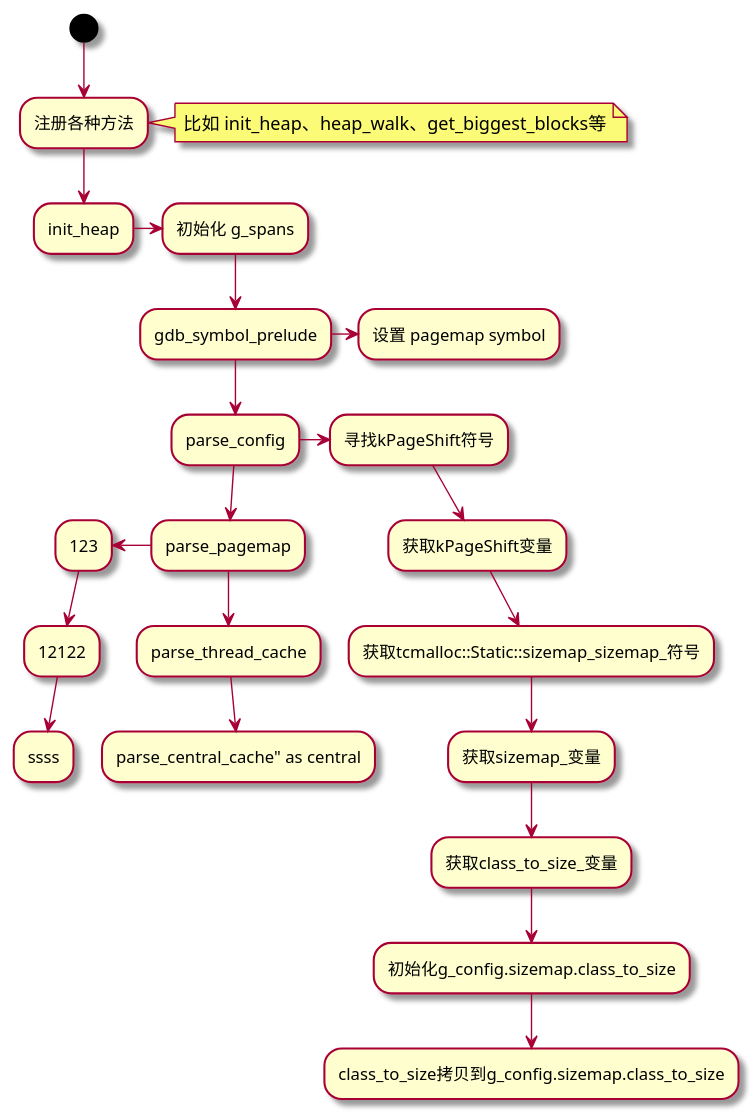
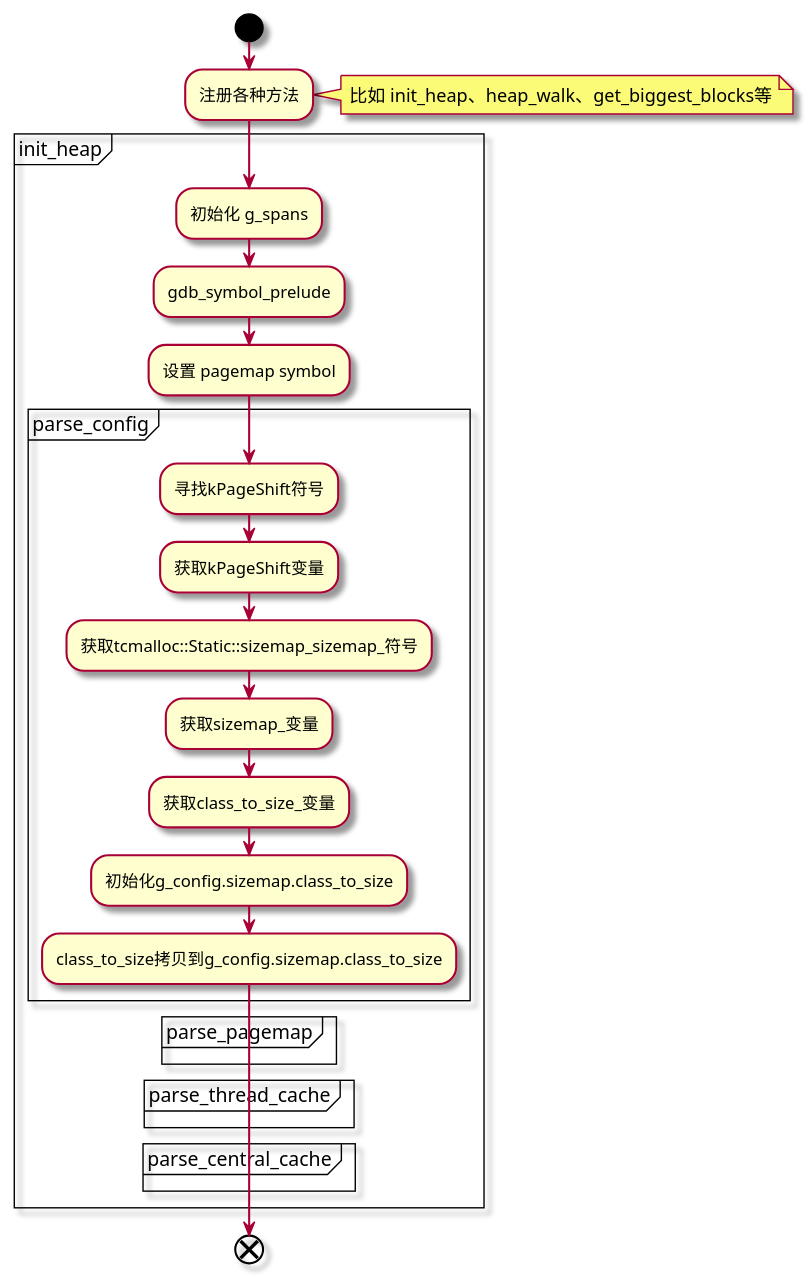
The diagram in src/code_analyzer/init_heap_managers.puml (mingleeShade/MyPlantUML), drawn with PlantUML before and after one commit. The commit also changed 4 other files, not shown here.

Commit message:
1. 完成 obj_command 活动图，2.补完其他图

```diff
--- a/src/code_analyzer/init_heap_managers.puml
+++ b/src/code_analyzer/init_heap_managers.puml
@@ -1,30 +1,37 @@
 @startuml init_heap_managers
 skin rose
 
 ' 这里主要以 tcmalloc 为例
-(*) --> "注册各种方法" as register
+start
+:注册各种方法;
 note right: 比如 init_heap、heap_walk、get_biggest_blocks等
--->"init_heap" as init
-init-> "初始化 g_spans"
--->"gdb_symbol_prelude" as symbol
-symbol -> "设置 pagemap symbol"
-symbol --> parse_config
+partition init_heap {
+    :初始化 g_spans;
+    :gdb_symbol_prelude;
+    :设置 pagemap symbol;
+    partition parse_config {
+        :寻找kPageShift符号;
+        :获取kPageShift变量;
+        :获取tcmalloc::Static::sizemap_sizemap_符号;
+        :获取sizemap_变量;
+        :获取class_to_size_变量;
+        :初始化g_config.sizemap.class_to_size;
+        :class_to_size拷贝到g_config.sizemap.class_to_size;
+    }
 
-parse_config-> "寻找kPageShift符号" as kPageShift
-kPageShift --> "获取kPageShift变量" as GetPageShift
-GetPageShift --> "获取tcmalloc::Static::sizemap_sizemap_符号"
--->"获取sizemap_变量"
--->"获取class_to_size_变量"
--->"初始化g_config.sizemap.class_to_size"
--->"class_to_size拷贝到g_config.sizemap.class_to_size"
+    partition parse_pagemap {
 
-parse_config-->parse_pagemap
--left->"123"
--->12122
--->ssss
+    }
 
-parse_pagemap-->parse_thread_cache
+    partition parse_thread_cache {
 
-parse_thread_cache-->parse_central_cache" as central
+    }
+
+    partition parse_central_cache {
+
+    }
+}
+
+end
 
 @enduml
```
